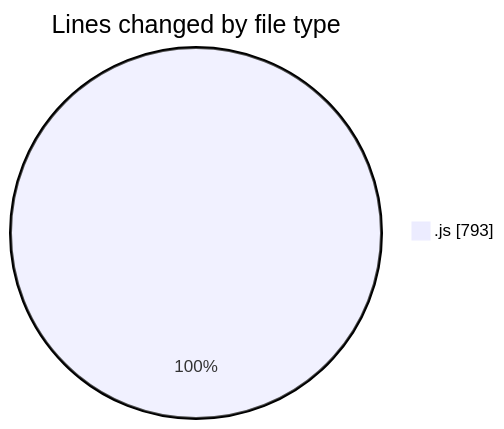
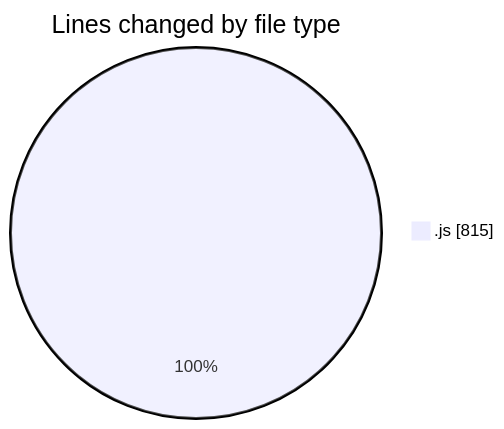
Before and after one commit to nxtqubesakshisongat/code-tracking: the first of 2 diagrams in 2025-07-23/nxtqube_webapp/README.md, drawn with Mermaid. The commit also changed other lines of this file and 1 other file, not shown here.

````diff
--- a/2025-07-23/nxtqube_webapp/README.md
+++ b/2025-07-23/nxtqube_webapp/README.md
@@ -20,5 +20,5 @@
 ```mermaid
 pie showData
 title Lines changed by file type
-".js" : 793
+".js" : 815
 ```
````
